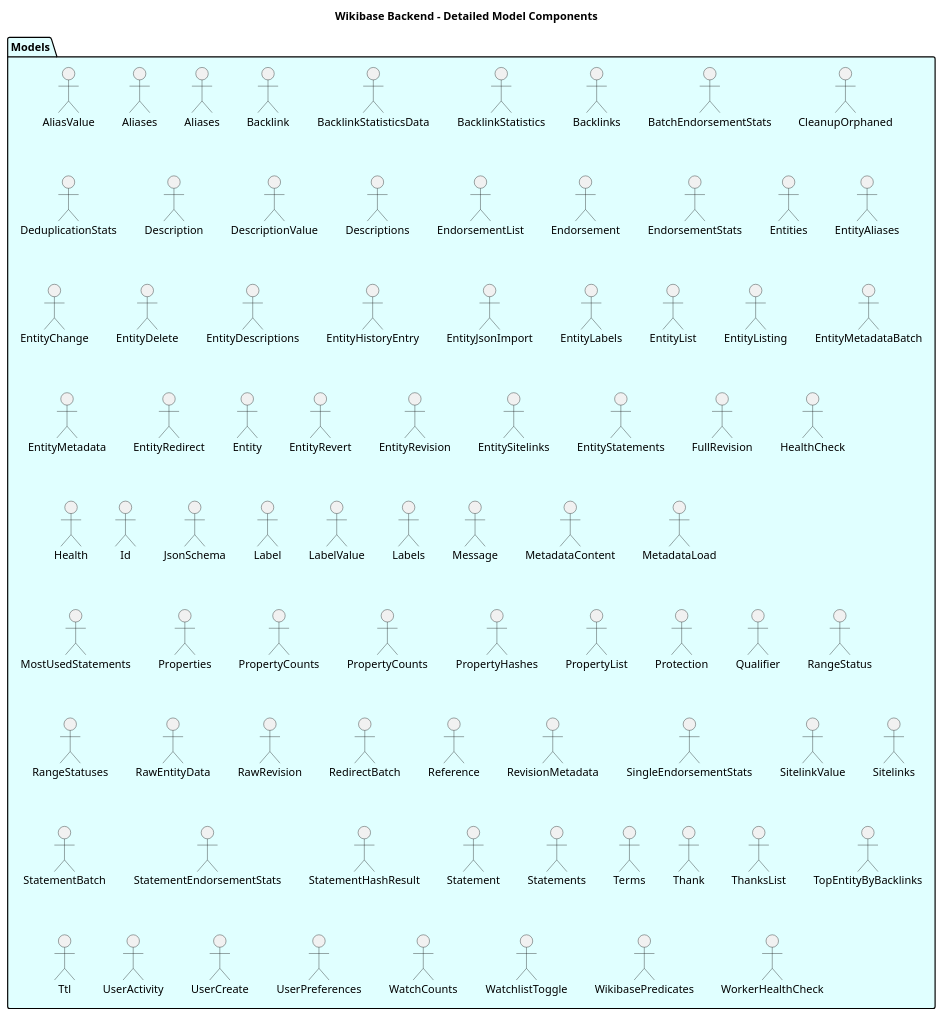
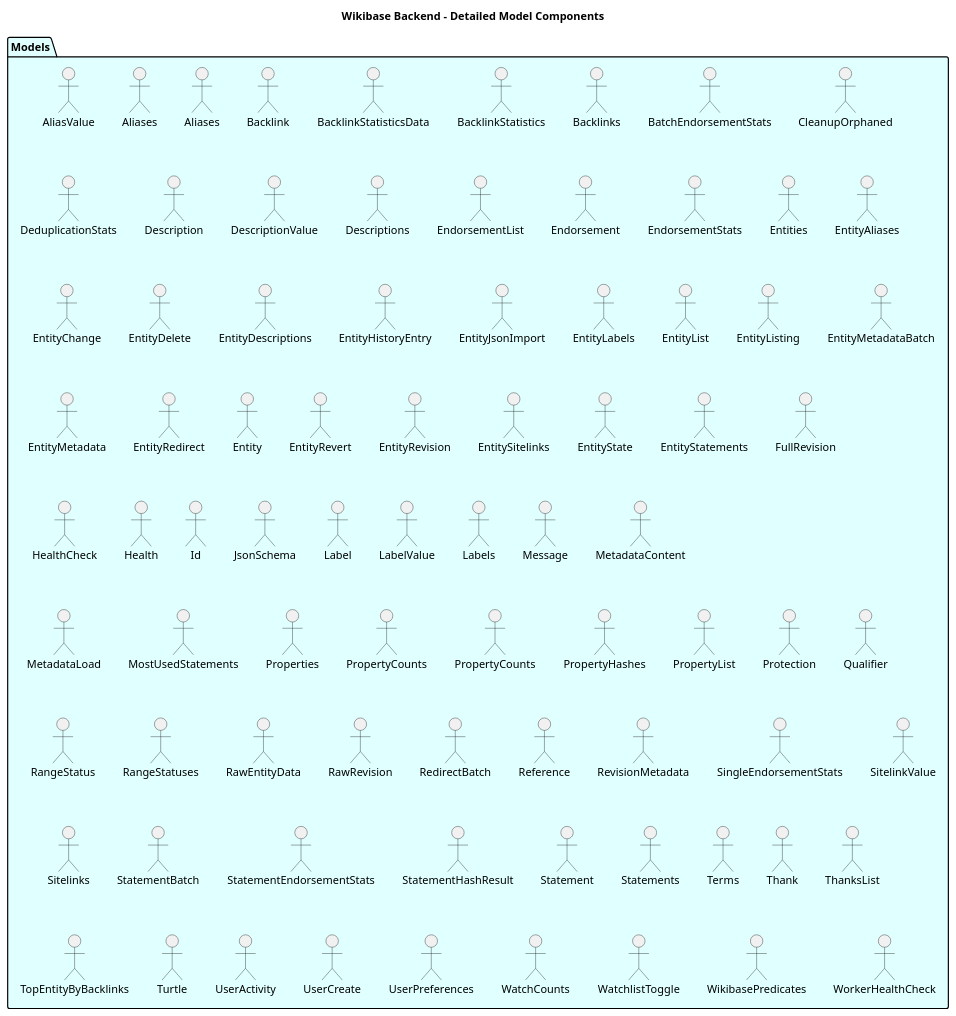
Before and after one commit to dpriskorn/entitybase-backend: the diagram in doc/DIAGRAMS/detailed_model_components.puml, drawn with PlantUML. The commit also changed 10 other files, not shown here.

```diff
--- a/doc/DIAGRAMS/detailed_model_components.puml
+++ b/doc/DIAGRAMS/detailed_model_components.puml
@@ -1,88 +1,89 @@
 @startuml Detailed Model Components
 
 title Wikibase Backend - Detailed Model Components
 
 package "Models" as Models #LightCyan {
     "AliasValue" as AliasValue
     "Aliases" as Aliases
     "Aliases" as AliasesResponse
     "Backlink" as Backlink
     "BacklinkStatisticsData" as BacklinkStatisticsData
     "BacklinkStatistics" as BacklinkStatisticsResponse
     "Backlinks" as BacklinksResponse
     "BatchEndorsementStats" as BatchEndorsementStatsResponse
     "CleanupOrphaned" as CleanupOrphanedResponse
     "DeduplicationStats" as DeduplicationStatsResponse
     "Description" as DescriptionResponse
     "DescriptionValue" as DescriptionValue
     "Descriptions" as DescriptionsResponse
     "EndorsementList" as EndorsementListResponse
     "Endorsement" as EndorsementResponse
     "EndorsementStats" as EndorsementStatsResponse
     "Entities" as EntitiesResponse
     "EntityAliases" as EntityAliasesResponse
     "EntityChange" as EntityChange
     "EntityDelete" as EntityDeleteResponse
     "EntityDescriptions" as EntityDescriptionsResponse
     "EntityHistoryEntry" as EntityHistoryEntry
     "EntityJsonImport" as EntityJsonImportResponse
     "EntityLabels" as EntityLabelsResponse
     "EntityList" as EntityListResponse
     "EntityListing" as EntityListing
     "EntityMetadataBatch" as EntityMetadataBatchResponse
     "EntityMetadata" as EntityMetadataResponse
     "EntityRedirect" as EntityRedirectResponse
     "Entity" as EntityResponse
     "EntityRevert" as EntityRevertResponse
     "EntityRevision" as EntityRevisionResponse
     "EntitySitelinks" as EntitySitelinksResponse
+    "EntityState" as EntityState
     "EntityStatements" as EntityStatementsResponse
     "FullRevision" as FullRevisionResponse
     "HealthCheck" as HealthCheckResponse
     "Health" as HealthResponse
     "Id" as IdResponse
     "JsonSchema" as JsonSchema
     "Label" as LabelResponse
     "LabelValue" as LabelValue
     "Labels" as LabelsResponse
     "Message" as MessageResponse
     "MetadataContent" as MetadataContent
     "MetadataLoad" as MetadataLoadResponse
     "MostUsedStatements" as MostUsedStatementsResponse
     "Properties" as PropertiesResponse
     "PropertyCounts" as PropertyCounts
     "PropertyCounts" as PropertyCountsResponse
     "PropertyHashes" as PropertyHashesResponse
     "PropertyList" as PropertyListResponse
     "Protection" as ProtectionResponse
     "Qualifier" as QualifierResponse
     "RangeStatus" as RangeStatus
     "RangeStatuses" as RangeStatuses
     "RawEntityData" as RawEntityData
     "RawRevision" as RawRevisionResponse
     "RedirectBatch" as RedirectBatchResponse
     "Reference" as ReferenceResponse
     "RevisionMetadata" as RevisionMetadataResponse
     "SingleEndorsementStats" as SingleEndorsementStatsResponse
     "SitelinkValue" as SitelinkValue
     "Sitelinks" as SitelinksResponse
     "StatementBatch" as StatementBatchResponse
     "StatementEndorsementStats" as StatementEndorsementStats
     "StatementHashResult" as StatementHashResult
     "Statement" as StatementResponse
     "Statements" as StatementsResponse
     "Terms" as TermsResponse
     "Thank" as ThankResponse
     "ThanksList" as ThanksListResponse
     "TopEntityByBacklinks" as TopEntityByBacklinks
-    "Ttl" as TtlResponse
+    "Turtle" as TurtleResponse
     "UserActivity" as UserActivityResponse
     "UserCreate" as UserCreateResponse
     "UserPreferences" as UserPreferencesResponse
     "WatchCounts" as WatchCounts
     "WatchlistToggle" as WatchlistToggleResponse
     "WikibasePredicates" as WikibasePredicatesResponse
     "WorkerHealthCheck" as WorkerHealthCheckResponse
 }
 
 @enduml
```
